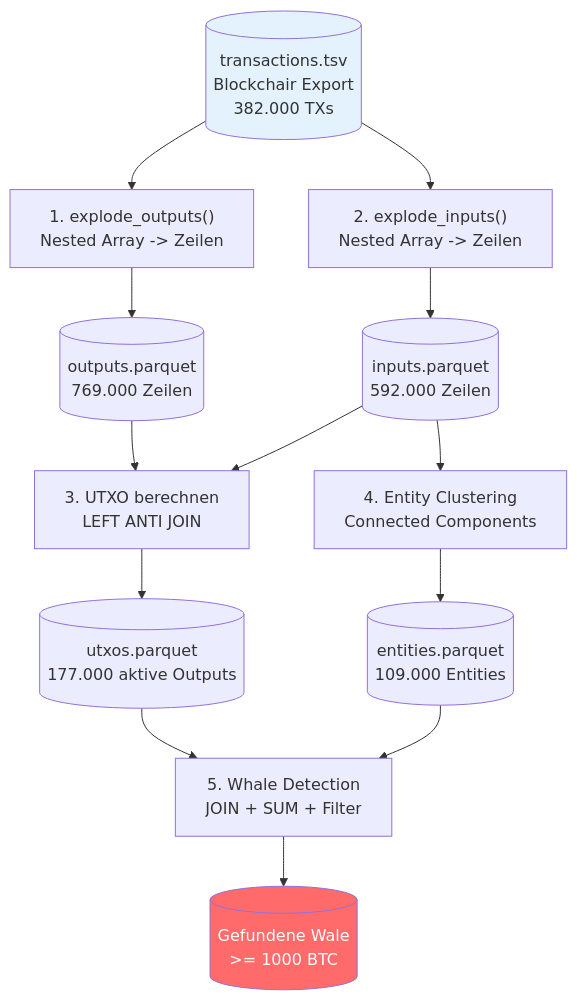
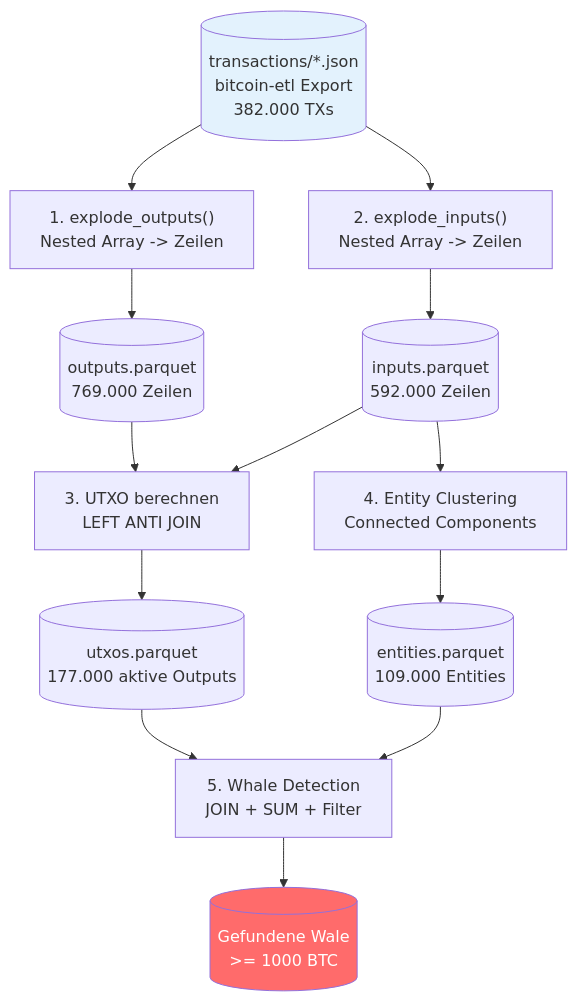
Before and after one commit to RomanRnlt/bitcoin-whale-intelligence: the third of 3 diagrams in README.md, drawn with Mermaid. The commit also changed other lines of this file and 4 other files, not shown here.

````diff
--- a/README.md
+++ b/README.md
@@ -67,24 +67,24 @@
 ```mermaid
 flowchart TB
-    RAW[("transactions.tsv<br/>Blockchair Export<br/>382.000 TXs")]
+    RAW[("transactions/*.json<br/>bitcoin-etl Export<br/>382.000 TXs")]
 
     RAW --> EO["1. explode_outputs()<br/>Nested Array -> Zeilen"]
     RAW --> EI["2. explode_inputs()<br/>Nested Array -> Zeilen"]
 
     EO --> OUT[("outputs.parquet<br/>769.000 Zeilen")]
     EI --> INP[("inputs.parquet<br/>592.000 Zeilen")]
 
     OUT --> UTXO["3. UTXO berechnen<br/>LEFT ANTI JOIN"]
     INP --> UTXO
     UTXO --> UTXOP[("utxos.parquet<br/>177.000 aktive Outputs")]
 
     INP --> CC["4. Entity Clustering<br/>Connected Components"]
     CC --> ENT[("entities.parquet<br/>109.000 Entities")]
 
     UTXOP --> WHALE["5. Whale Detection<br/>JOIN + SUM + Filter"]
     ENT --> WHALE
     WHALE --> RESULT[("Gefundene Wale<br/>>= 1000 BTC")]
 
     style RAW fill:#e3f2fd
     style RESULT fill:#ff6b6b,color:#fff
 ```
````
